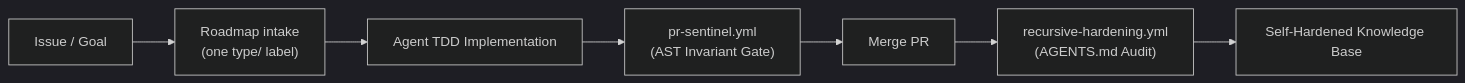
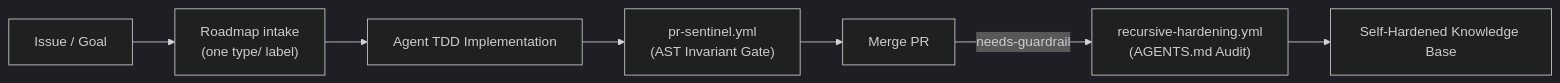
Before and after one commit to dan-petty/vibes: the second of 2 diagrams in README.md, drawn with Mermaid (dark theme). The commit also changed other lines of this file and 5 other files, not shown here.

First line of the commit message:
ci: Run recursive hardening only for needs-guardrail (#293)

````diff
--- a/README.md
+++ b/README.md
@@ -238,9 +238,9 @@
 ```mermaid
 flowchart LR
     Issue[Issue / Goal] --> Intake["Roadmap intake<br>(one type/ label)"]
     Intake --> AgentDev[Agent TDD Implementation]
     AgentDev --> PRSentinel["pr-sentinel.yml<br>(AST Invariant Gate)"]
     PRSentinel --> Merge[Merge PR]
-    Merge --> Hardening["recursive-hardening.yml<br>(AGENTS.md Audit)"]
+    Merge -->|"needs-guardrail"| Hardening["recursive-hardening.yml<br>(AGENTS.md Audit)"]
     Hardening --> Next[Self-Hardened Knowledge Base]
 ```
````
